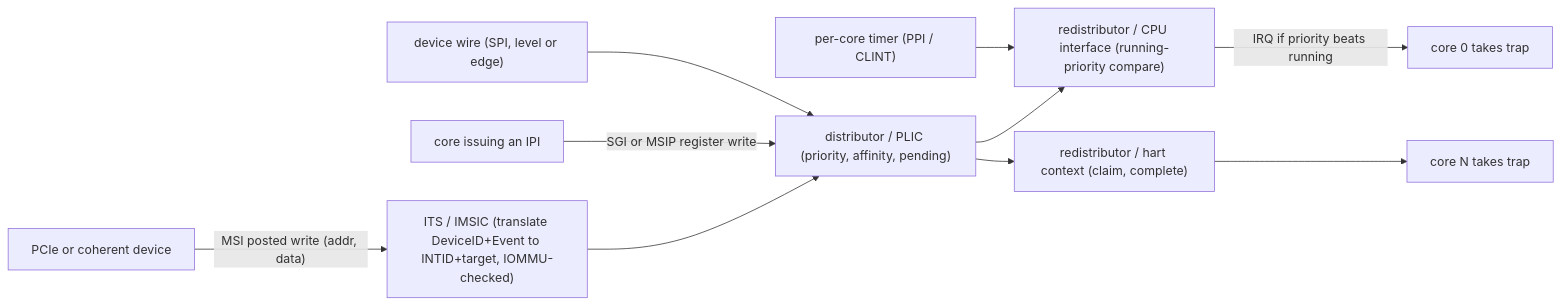
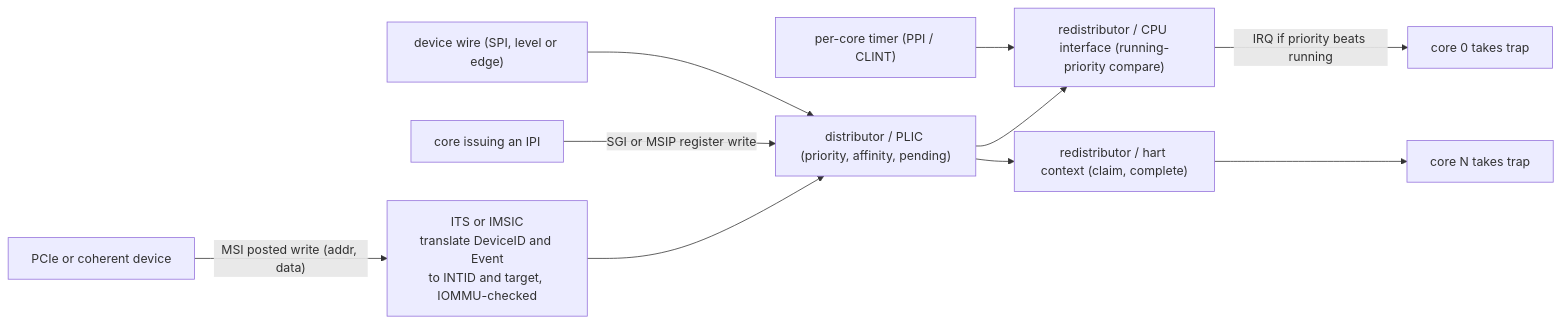
One commit to Wty2003328/silicon-design-notebook changed the fifth of 5 diagrams in 01_Architecture_and_PPA/04_SoC_and_Chiplet_Architecture/05_IO_and_Chiplets/01_QoS_Ordering_and_IO_Coherence.md. Above: the diagram before and after it, drawn with Mermaid. The commit also changed other lines of this file and 125 other files, not shown here.

First line of the commit message:
Complete the AMBA family, refresh the learning path, and make every figure and formula actually render

````diff
--- a/01_Architecture_and_PPA/04_SoC_and_Chiplet_Architecture/05_IO_and_Chiplets/01_QoS_Ordering_and_IO_Coherence.md
+++ b/01_Architecture_and_PPA/04_SoC_and_Chiplet_Architecture/05_IO_and_Chiplets/01_QoS_Ordering_and_IO_Coherence.md
@@ -349,12 +355,12 @@
 ```mermaid
 flowchart LR
     DEVw["device wire (SPI, level or edge)"] --> DIST["distributor / PLIC (priority, affinity, pending)"]
     COREx["core issuing an IPI"] -->|"SGI or MSIP register write"| DIST
-    DEVm["PCIe or coherent device"] -->|"MSI posted write (addr, data)"| ITS["ITS / IMSIC (translate DeviceID+Event to INTID+target, IOMMU-checked)"]
+    DEVm["PCIe or coherent device"] -->|"MSI posted write (addr, data)"| ITS["ITS or IMSIC<br/>translate DeviceID and Event<br/>to INTID and target, IOMMU-checked"]
     ITS --> DIST
     TMR["per-core timer (PPI / CLINT)"] --> RD0["redistributor / CPU interface (running-priority compare)"]
     DIST --> RD0
     DIST --> RD1["redistributor / hart context (claim, complete)"]
     RD0 -->|"IRQ if priority beats running"| C0["core 0 takes trap"]
     RD1 --> C1["core N takes trap"]
 ```
````
